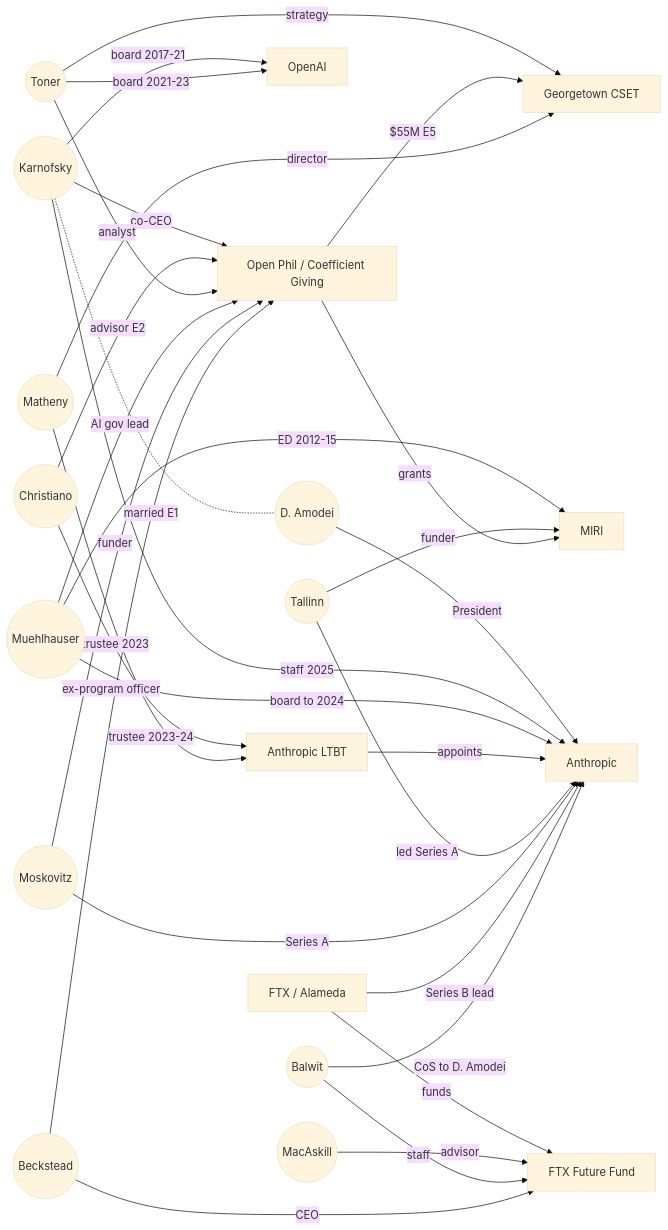
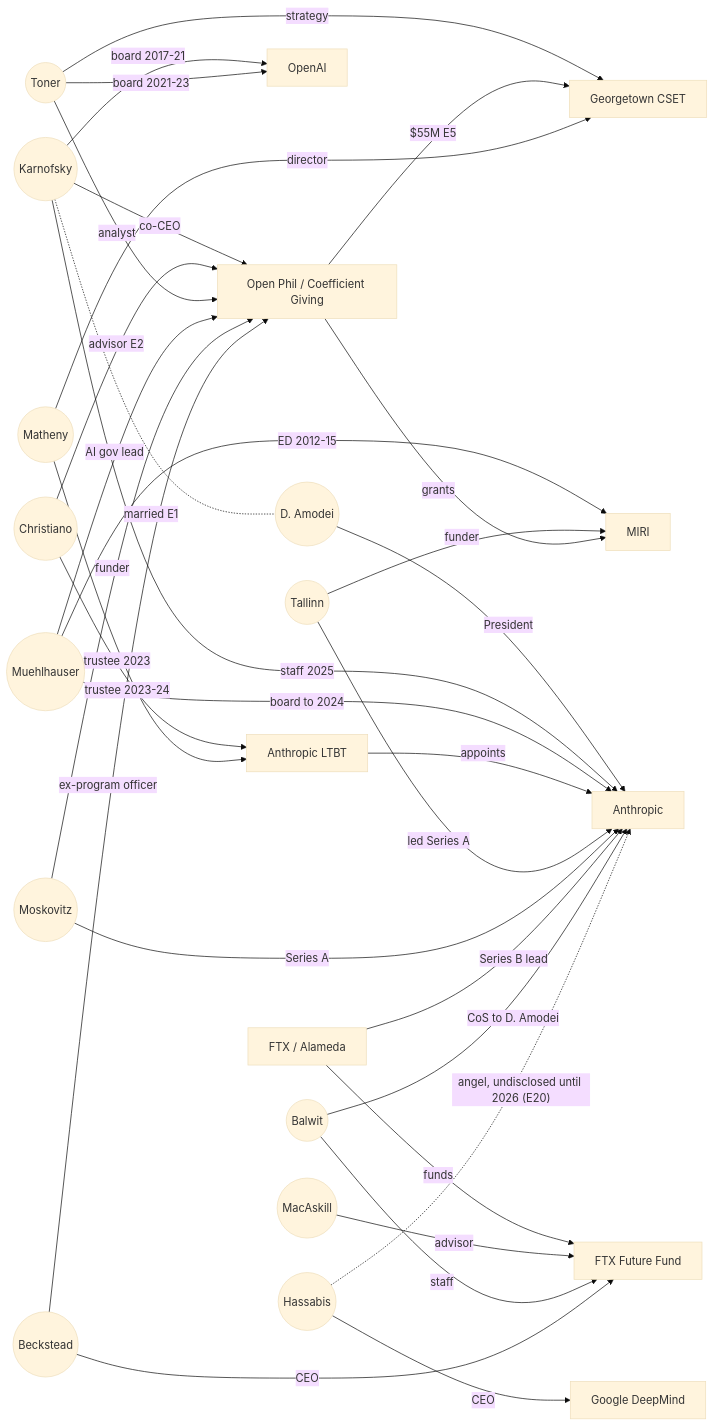
The diagram in docs/ea-affiliation-map-2026-10-02.md (devinendorphin/veriticide-general-ledger), drawn with Mermaid (base theme) before and after one commit. The commit also changed other lines of this file and 1 other file, not shown here.

First line of the commit message:
Affiliation map E20: Hassabis angel stake in Anthropic (and Inflection)

````diff
--- a/docs/ea-affiliation-map-2026-10-02.md
+++ b/docs/ea-affiliation-map-2026-10-02.md
@@ -94,41 +95,43 @@
 ```mermaid
 graph LR
   OP[Open Phil / Coefficient Giving]
   OAI[OpenAI]
   ANT[Anthropic]
   LTBT[Anthropic LTBT]
   MIRI[MIRI]
   CSET[Georgetown CSET]
   FF[FTX Future Fund]
   FTX[FTX / Alameda]
 
   HK((Karnofsky)) -- co-CEO --> OP
   HK -- board 2017-21 --> OAI
   HK -. married E1 .- DA((D. Amodei))
   DA -- President --> ANT
   HK -- staff 2025 --> ANT
   PC((Christiano)) -- advisor E2 --> OP
   PC -- trustee 2023-24 --> LTBT
   HT((Toner)) -- analyst --> OP
   HT -- board 2021-23 --> OAI
   HT -- strategy --> CSET
   OP -- $55M E5 --> CSET
   JM((Matheny)) -- director --> CSET
   JM -- trustee 2023 --> LTBT
   LM((Muehlhauser)) -- ED 2012-15 --> MIRI
   LM -- AI gov lead --> OP
   LM -- board to 2024 --> ANT
   LTBT -- appoints --> ANT
   JT((Tallinn)) -- led Series A --> ANT
   JT -- funder --> MIRI
   DM((Moskovitz)) -- funder --> OP
   DM -- Series A --> ANT
   OP -- grants --> MIRI
   FTX -- funds --> FF
   FTX -- Series B lead --> ANT
   WM((MacAskill)) -- advisor --> FF
   AB((Balwit)) -- staff --> FF
   AB -- CoS to D. Amodei --> ANT
   NB((Beckstead)) -- ex-program officer --> OP
   NB -- CEO --> FF
+  DH((Hassabis)) -- CEO --> GDM[Google DeepMind]
+  DH -. "angel, undisclosed until 2026 (E20)" .-> ANT
 ```
````
